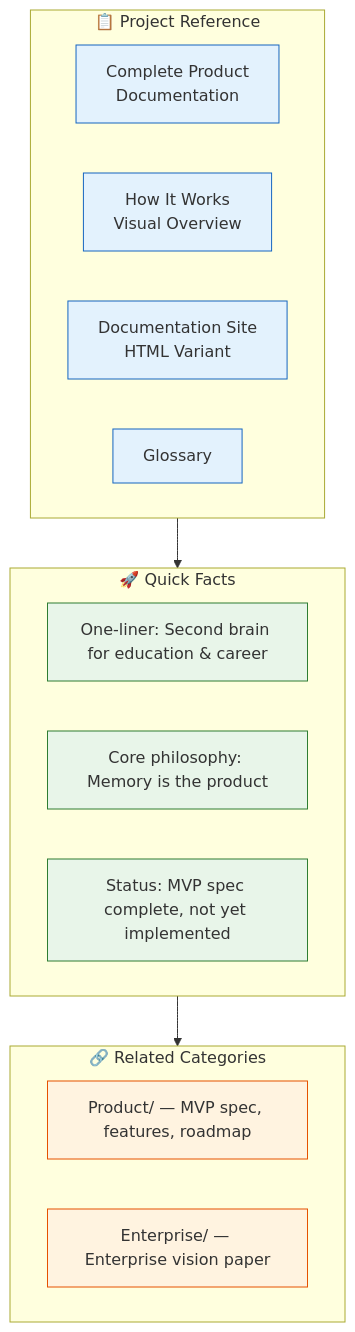
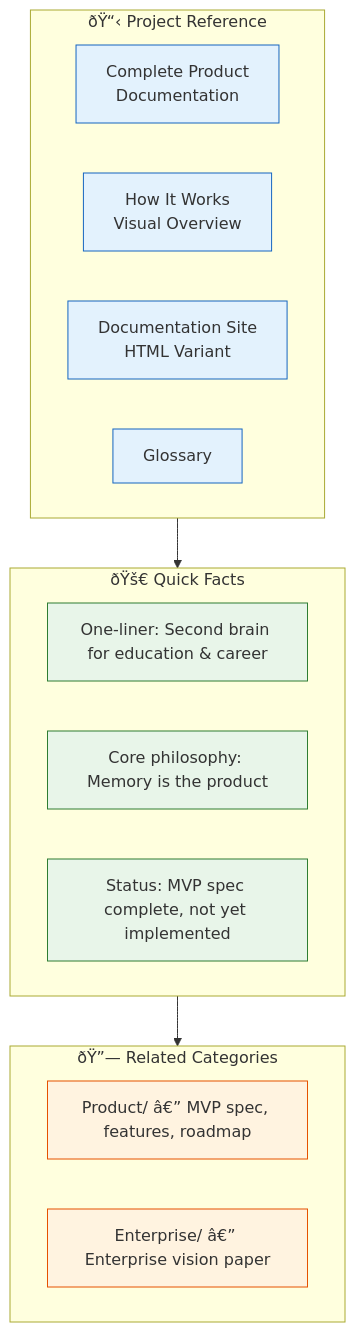
The diagram in Docs/Project/README.md (Driftloom/Vaeloom), drawn with Mermaid before and after one commit. The commit also changed other lines of this file and 249 other files, not shown here.

````diff
--- a/Docs/Project/README.md
+++ b/Docs/Project/README.md
@@ -16,31 +16,31 @@
 ```mermaid
 graph TD
-    subgraph Project["📋 Project Reference"]
+    subgraph Project["ðŸ“‹ Project Reference"]
         PD["Complete Product<br/>Documentation"]
         HV["How It Works<br/>Visual Overview"]
         DS["Documentation Site<br/>HTML Variant"]
         GL["Glossary"]
     end
 
-    subgraph Quick["🚀 Quick Facts"]
+    subgraph Quick["ðŸš€ Quick Facts"]
         Q1["One-liner: Second brain for education & career"]
         Q2["Core philosophy: Memory is the product"]
         Q3["Status: MVP spec complete, not yet implemented"]
     end
 
-    subgraph Related["🔗 Related Categories"]
-        R1["Product/ — MVP spec, features, roadmap"]
-        R2["Enterprise/ — Enterprise vision paper"]
+    subgraph Related["ðŸ”— Related Categories"]
+        R1["Product/ â€” MVP spec, features, roadmap"]
+        R2["Enterprise/ â€” Enterprise vision paper"]
     end
 
     Project --> Quick
     Quick --> Related
 
     classDef proj fill:#e3f2fd,stroke:#1565c0
     classDef quick fill:#e8f5e9,stroke:#2e7d32
     classDef related fill:#fff3e0,stroke:#e65100
 
     class PD,HV,DS,GL proj
     class Q1,Q2,Q3 quick
     class R1,R2 related
 ```
````
